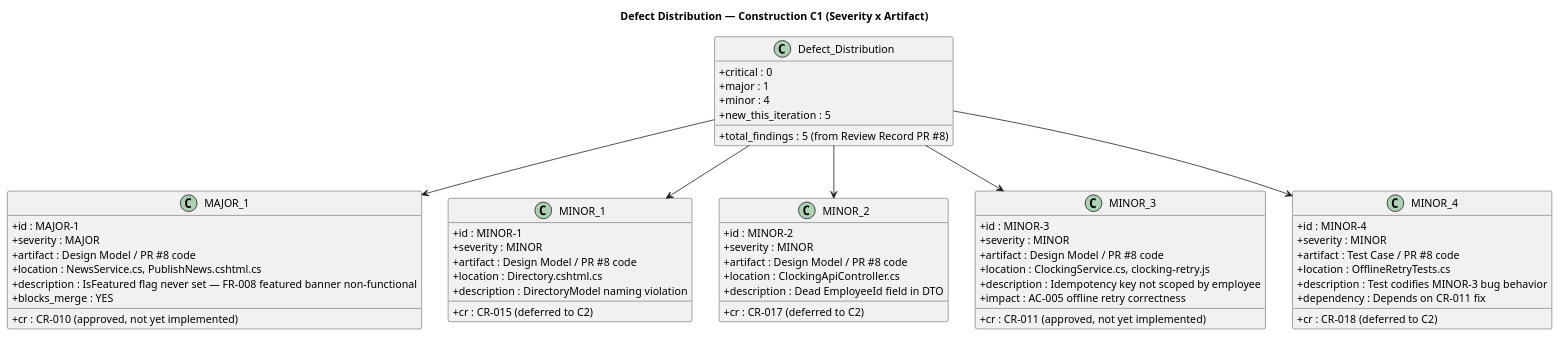
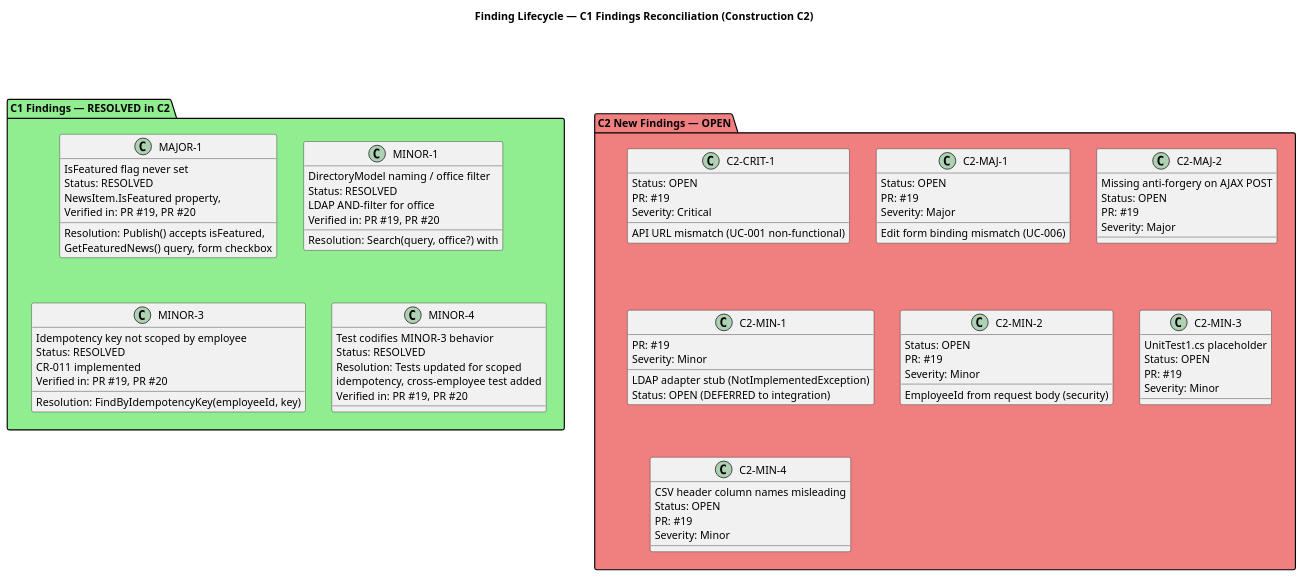
Before and after one commit to banense-test/portal-cuba-corp: the fifth of 5 diagrams in docs/artifacts/project-management/review-record.md, drawn with PlantUML. The commit also changed other lines of this file, not shown here.

First line of the commit message:
Code Reviewer [C2]: upsert Review Record

````diff
--- a/docs/artifacts/project-management/review-record.md
+++ b/docs/artifacts/project-management/review-record.md
@@ -412,71 +367,88 @@
 ```plantuml
 @startuml
-title Defect Distribution — Construction C1 (Severity x Artifact)
+title Finding Lifecycle — C1 Findings Reconciliation (Construction C2)
 
 skinparam classAttributeIconSize 0
-skinparam shadowing false
+skinparam monochrome false
 
-class Defect_Distribution {
-  + total_findings : 5 (from Review Record PR #8)
-  + critical : 0
-  + major : 1
-  + minor : 4
-  + new_this_iteration : 5
+package "C1 Findings — RESOLVED in C2" as resolved #LightGreen {
+  class "MAJOR-1" as maj1 {
+    IsFeatured flag never set
+    Status: RESOLVED
+    Resolution: Publish() accepts isFeatured,
+    NewsItem.IsFeatured property,
+    GetFeaturedNews() query, form checkbox
+    Verified in: PR #19, PR #20
+  }
+  class "MINOR-1" as min1 {
+    DirectoryModel naming / office filter
+    Status: RESOLVED
+    Resolution: Search(query, office?) with
+    LDAP AND-filter for office
+    Verified in: PR #19, PR #20
+  }
+  class "MINOR-3" as min3 {
+    Idempotency key not scoped by employee
+    Status: RESOLVED
+    Resolution: FindByIdempotencyKey(employeeId, key)
+    CR-011 implemented
+    Verified in: PR #19, PR #20
+  }
+  class "MINOR-4" as min4 {
+    Test codifies MINOR-3 behavior
+    Status: RESOLVED
+    Resolution: Tests updated for scoped
+    idempotency, cross-employee test added
+    Verified in: PR #19, PR #20
+  }
 }
 
-class MAJOR_1 {
-  + id : MAJOR-1
-  + severity : MAJOR
-  + artifact : Design Model / PR #8 code
-  + location : NewsService.cs, PublishNews.cshtml.cs
-  + description : IsFeatured flag never set — FR-008 featured banner non-functional
-  + blocks_merge : YES
-  + cr : CR-010 (approved, not yet implemented)
+package "C2 New Findings — OPEN" as open #LightCoral {
+  class "C2-CRIT-1" as crit1 {
+    API URL mismatch (UC-001 non-functional)
+    Status: OPEN
+    PR: #19
+    Severity: Critical
+  }
+  class "C2-MAJ-1" as maj2_1 {
+    Edit form binding mismatch (UC-006)
+    Status: OPEN
+    PR: #19
+    Severity: Major
+  }
+  class "C2-MAJ-2" as maj2_2 {
+    Missing anti-forgery on AJAX POST
+    Status: OPEN
+    PR: #19
+    Severity: Major
+  }
+  class "C2-MIN-1" as min2_1 {
+    LDAP adapter stub (NotImplementedException)
+    Status: OPEN (DEFERRED to integration)
+    PR: #19
+    Severity: Minor
+  }
+  class "C2-MIN-2" as min2_2 {
+    EmployeeId from request body (security)
+    Status: OPEN
+    PR: #19
+    Severity: Minor
+  }
+  class "C2-MIN-3" as min2_3 {
+    UnitTest1.cs placeholder
+    Status: OPEN
+    PR: #19
+    Severity: Minor
+  }
+  class "C2-MIN-4" as min2_4 {
+    CSV header column names misleading
+    Status: OPEN
+    PR: #19
+    Severity: Minor
+  }
 }
 
-class MINOR_1 {
-  + id : MINOR-1
-  + severity : MINOR
-  + artifact : Design Model / PR #8 code
-  + location : Directory.cshtml.cs
-  + description : DirectoryModel naming violation
-  + cr : CR-015 (deferred to C2)
-}
-
-class MINOR_2 {
-  + id : MINOR-2
-  + severity : MINOR
-  + artifact : Design Model / PR #8 code
-  + location : ClockingApiController.cs
-  + description : Dead EmployeeId field in DTO
-  + cr : CR-017 (deferred to C2)
-}
-
-class MINOR_3 {
-  + id : MINOR-3
-  + severity : MINOR
-  + artifact : Design Model / PR #8 code
-  + location : ClockingService.cs, clocking-retry.js
-  + description : Idempotency key not scoped by employee
-  + cr : CR-011 (approved, not yet implemented)
-  + impact : AC-005 offline retry correctness
-}
-
-class MINOR_4 {
-  + id : MINOR-4
-  + severity : MINOR
-  + artifact : Test Case / PR #8 code
-  + location : OfflineRetryTests.cs
-  + description : Test codifies MINOR-3 bug behavior
-  + cr : CR-018 (deferred to C2)
-  + dependency : Depends on CR-011 fix
-}
-
-Defect_Distribution --> MAJOR_1
-Defect_Distribution --> MINOR_1
-Defect_Distribution --> MINOR_2
-Defect_Distribution --> MINOR_3
-Defect_Distribution --> MINOR_4
+resolved -[hidden]right-> open
 
 @enduml
 ```
````
